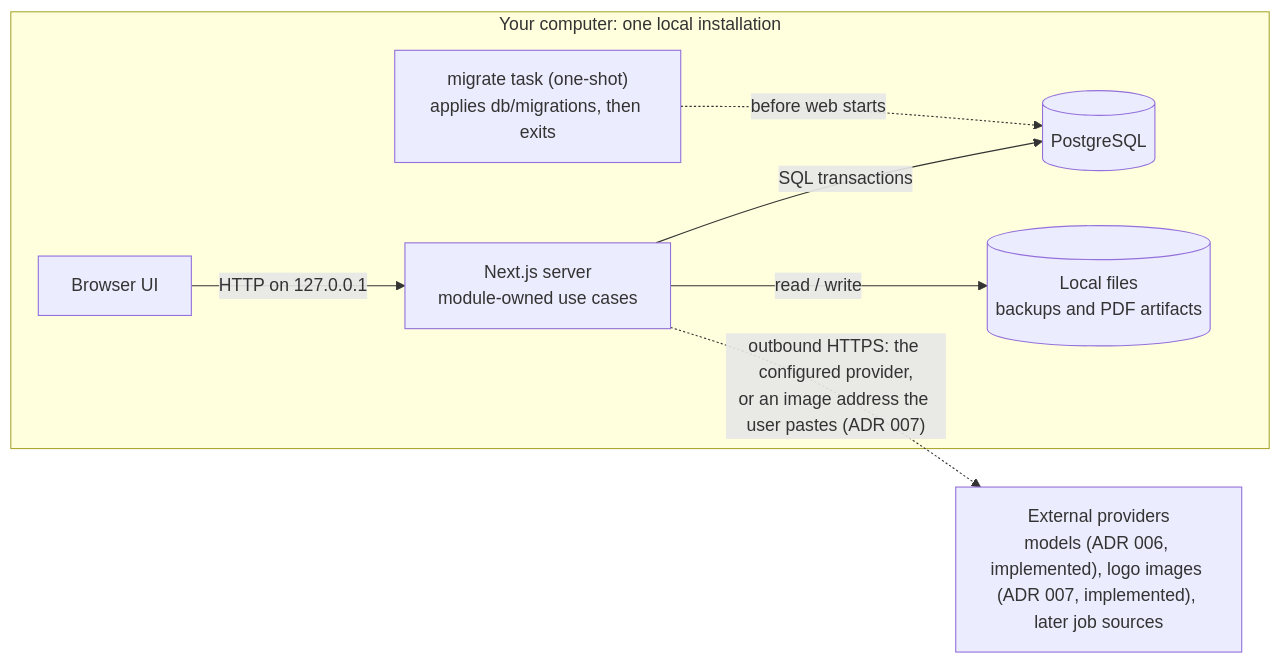
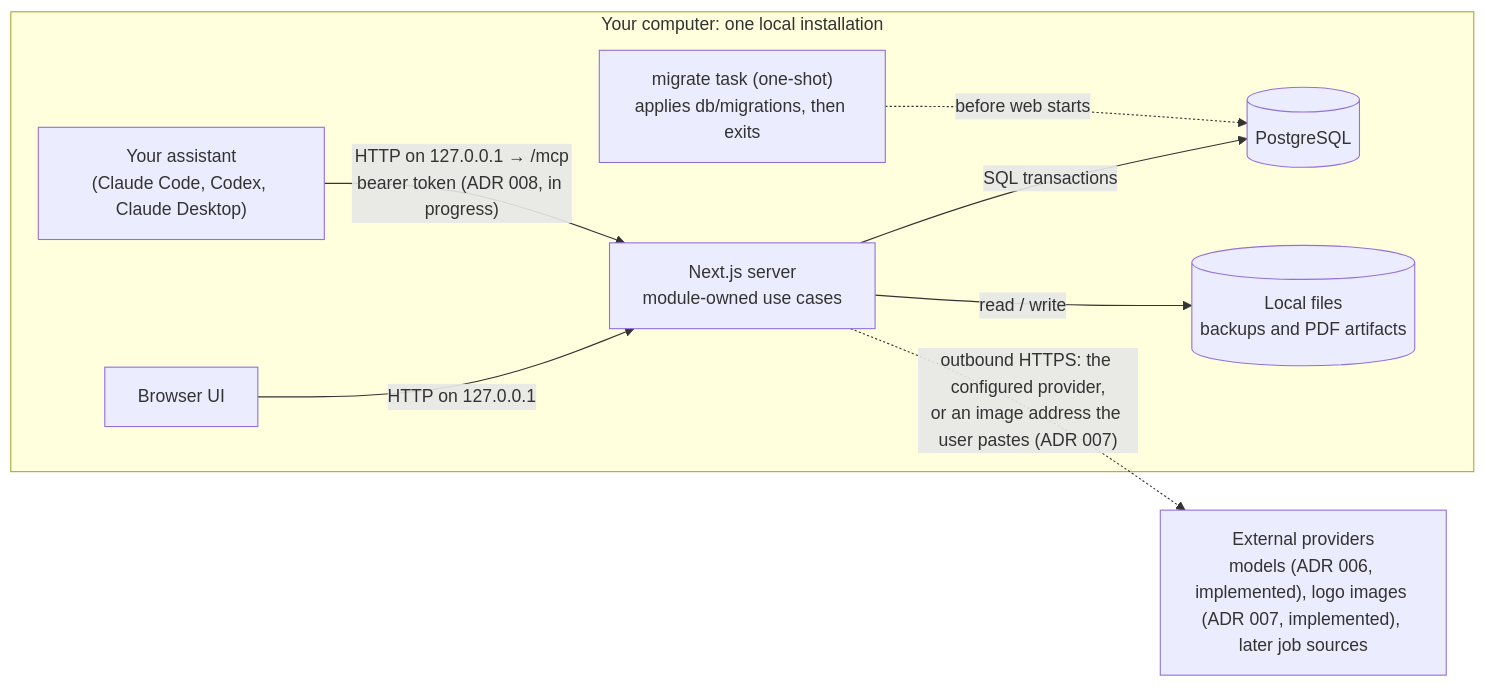
The first of 2 diagrams in docs/03-system-and-modules.md (3333444n/landed), drawn with Mermaid before and after one commit. The commit also changed other lines of this file and 9 other files, not shown here.

First line of the commit message:
docs(assistant): decide the assistant surface over MCP (ADR 008)

````diff
--- a/docs/03-system-and-modules.md
+++ b/docs/03-system-and-modules.md
@@ -13,10 +13,11 @@
 ```mermaid
 flowchart LR
   subgraph local["Your computer: one local installation"]
     browser["Browser UI"] -->|"HTTP on 127.0.0.1"| app["Next.js server<br/>module-owned use cases"]
+    assistant["Your assistant<br/>(Claude Code, Codex, Claude Desktop)"] -->|"HTTP on 127.0.0.1 → /mcp<br/>bearer token (ADR 008, in progress)"| app
     app -->|"SQL transactions"| db[("PostgreSQL")]
     app -->|"read / write"| files[("Local files<br/>backups and PDF artifacts")]
     migrate["migrate task (one-shot)<br/>applies db/migrations, then exits"] -.->|"before web starts"| db
   end
   app -.->|"outbound HTTPS: the configured provider,<br/>or an image address the user pastes (ADR 007)"| providers["External providers<br/>models (ADR 006, implemented), logo images (ADR 007, implemented), later job sources"]
 ```
````
